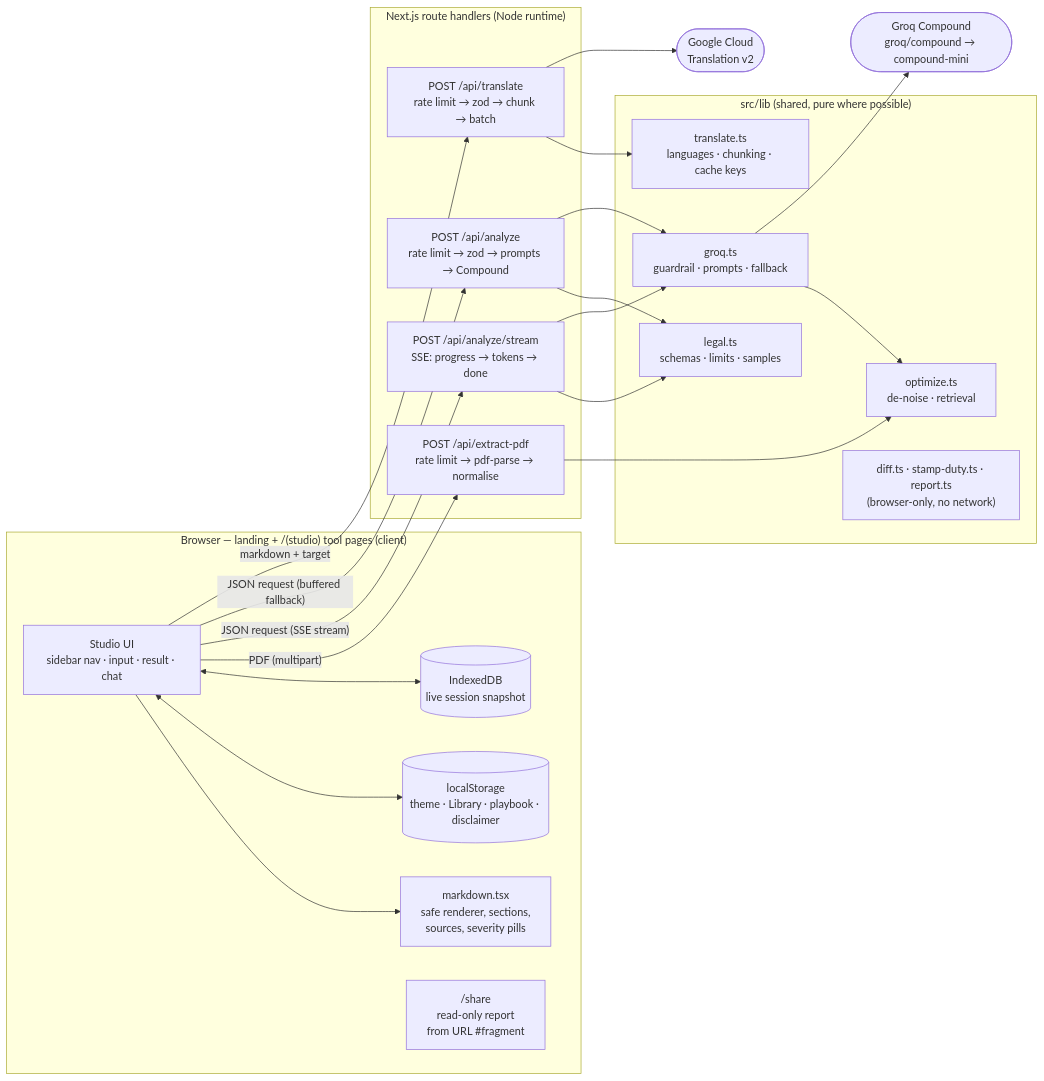
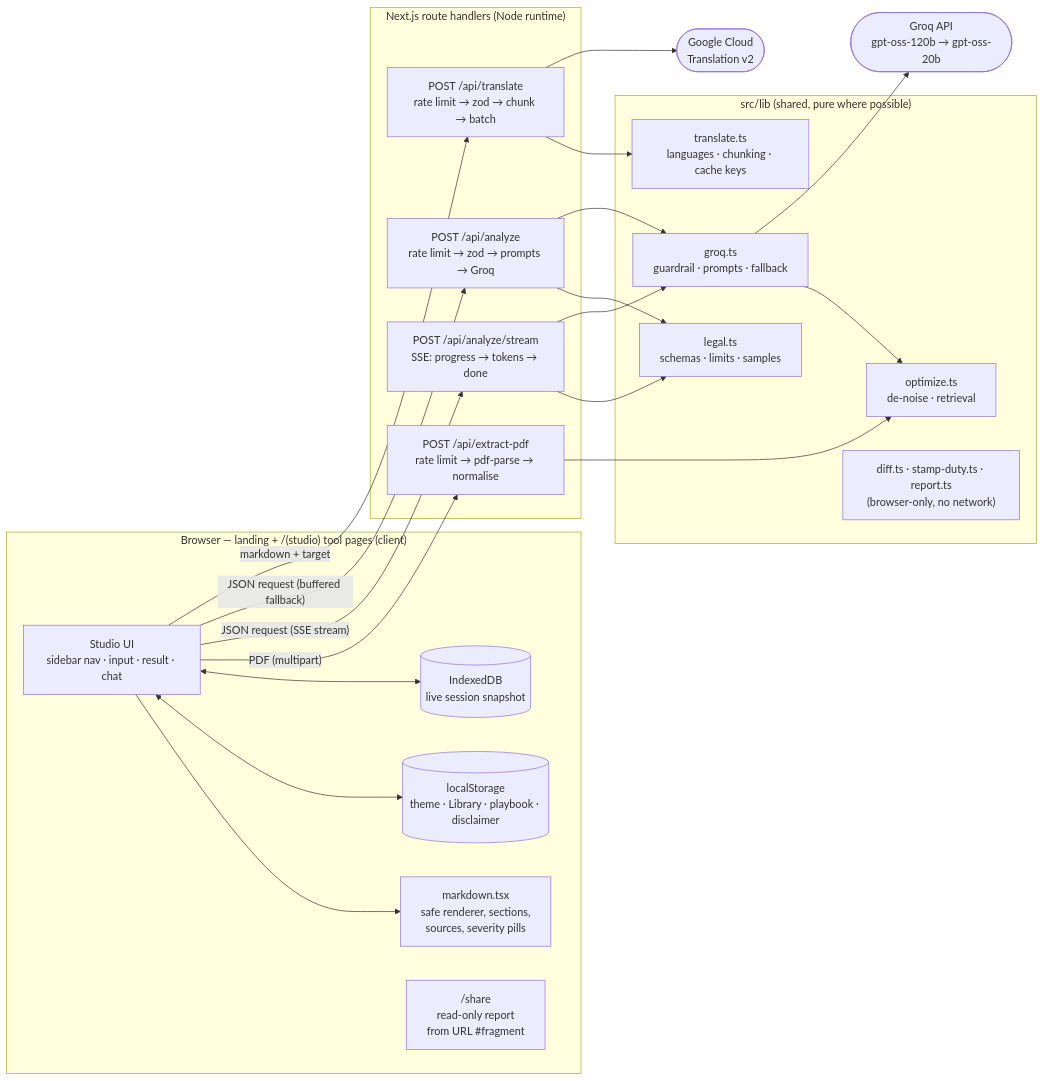
One commit to amardeepio/legal-assistant changed the diagram in README.md. Above: the diagram before and after it, drawn with Mermaid. The commit also changed other lines of this file and 12 other files, not shown here.

First line of the commit message:
Switch to GPT-OSS models, add Docker/Cloud Run deploy and CI

````diff
--- a/README.md
+++ b/README.md
@@ -149,43 +169,43 @@
 ```mermaid
 flowchart LR
   subgraph Browser["Browser — landing + /(studio) tool pages (client)"]
     UI["Studio UI<br/>sidebar nav · input · result · chat"]
     MD["markdown.tsx<br/>safe renderer, sections,<br/>sources, severity pills"]
     LS[("localStorage<br/>theme · Library · playbook · disclaimer")]
     IDB[("IndexedDB<br/>live session snapshot")]
     UI --> MD
     UI <--> LS
     UI <--> IDB
     SH["/share<br/>read-only report<br/>from URL #fragment"]
   end
 
   subgraph Server["Next.js route handlers (Node runtime)"]
     EX["POST /api/extract-pdf<br/>rate limit → pdf-parse → normalise"]
-    AN["POST /api/analyze<br/>rate limit → zod → prompts → Compound"]
+    AN["POST /api/analyze<br/>rate limit → zod → prompts → Groq"]
     ST["POST /api/analyze/stream<br/>SSE: progress → tokens → done"]
     TR["POST /api/translate<br/>rate limit → zod → chunk → batch"]
   end
 
   subgraph Lib["src/lib (shared, pure where possible)"]
     LEGAL["legal.ts<br/>schemas · limits · samples"]
     OPT["optimize.ts<br/>de-noise · retrieval"]
     GROQ["groq.ts<br/>guardrail · prompts · fallback"]
     TRL["translate.ts<br/>languages · chunking · cache keys"]
     CLIENTLIB["diff.ts · stamp-duty.ts · report.ts<br/>(browser-only, no network)"]
   end
 
-  GROQAPI(["Groq Compound<br/>groq/compound → compound-mini"])
+  GROQAPI(["Groq API<br/>gpt-oss-120b → gpt-oss-20b"])
   GT(["Google Cloud<br/>Translation v2"])
 
   UI -- "PDF (multipart)" --> EX
   UI -- "JSON request (SSE stream)" --> ST
   UI -- "JSON request (buffered fallback)" --> AN
   UI -- "markdown + target" --> TR
   EX --> OPT
   AN --> LEGAL & GROQ
   ST --> LEGAL & GROQ
   GROQ --> OPT
   GROQ --> GROQAPI
   TR --> TRL
   TR --> GT
 ```
````
